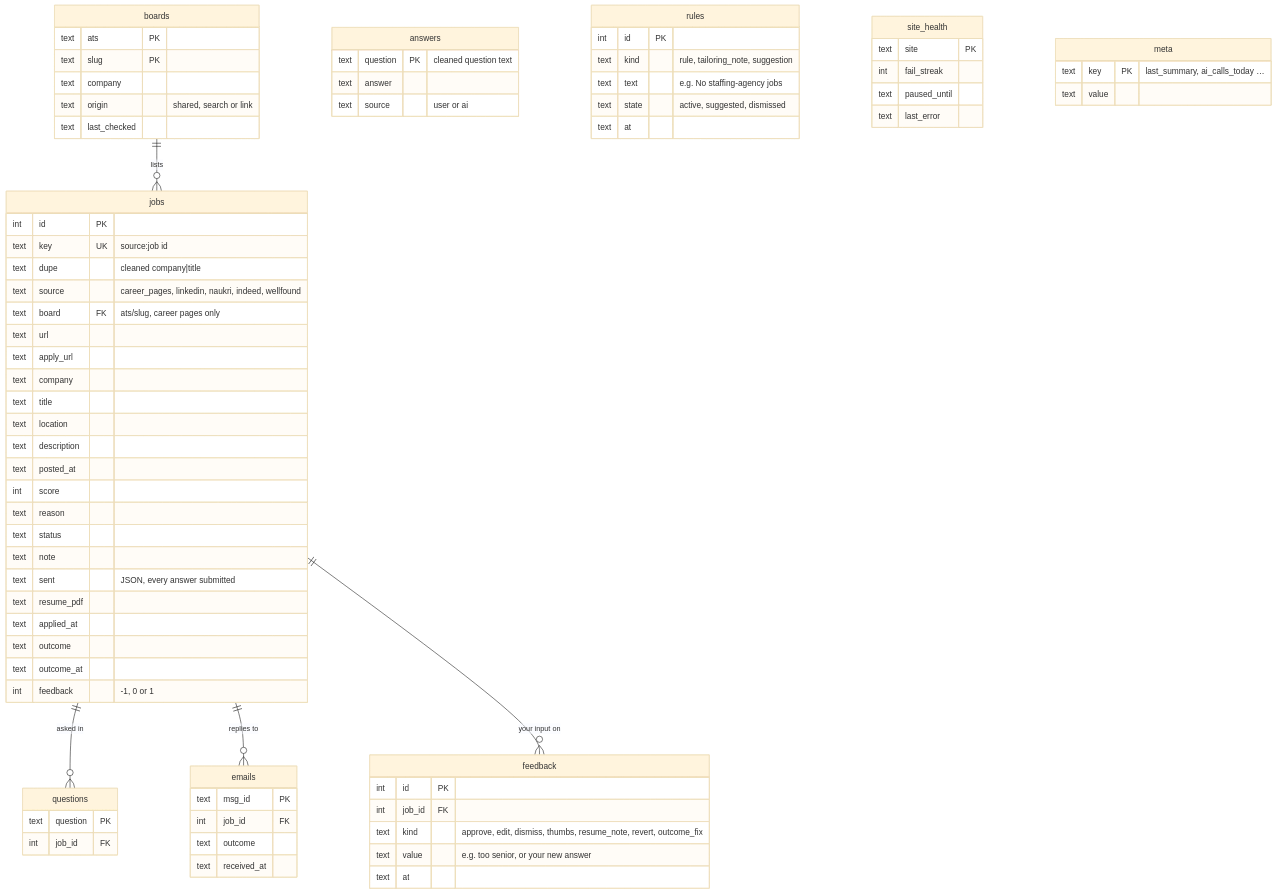
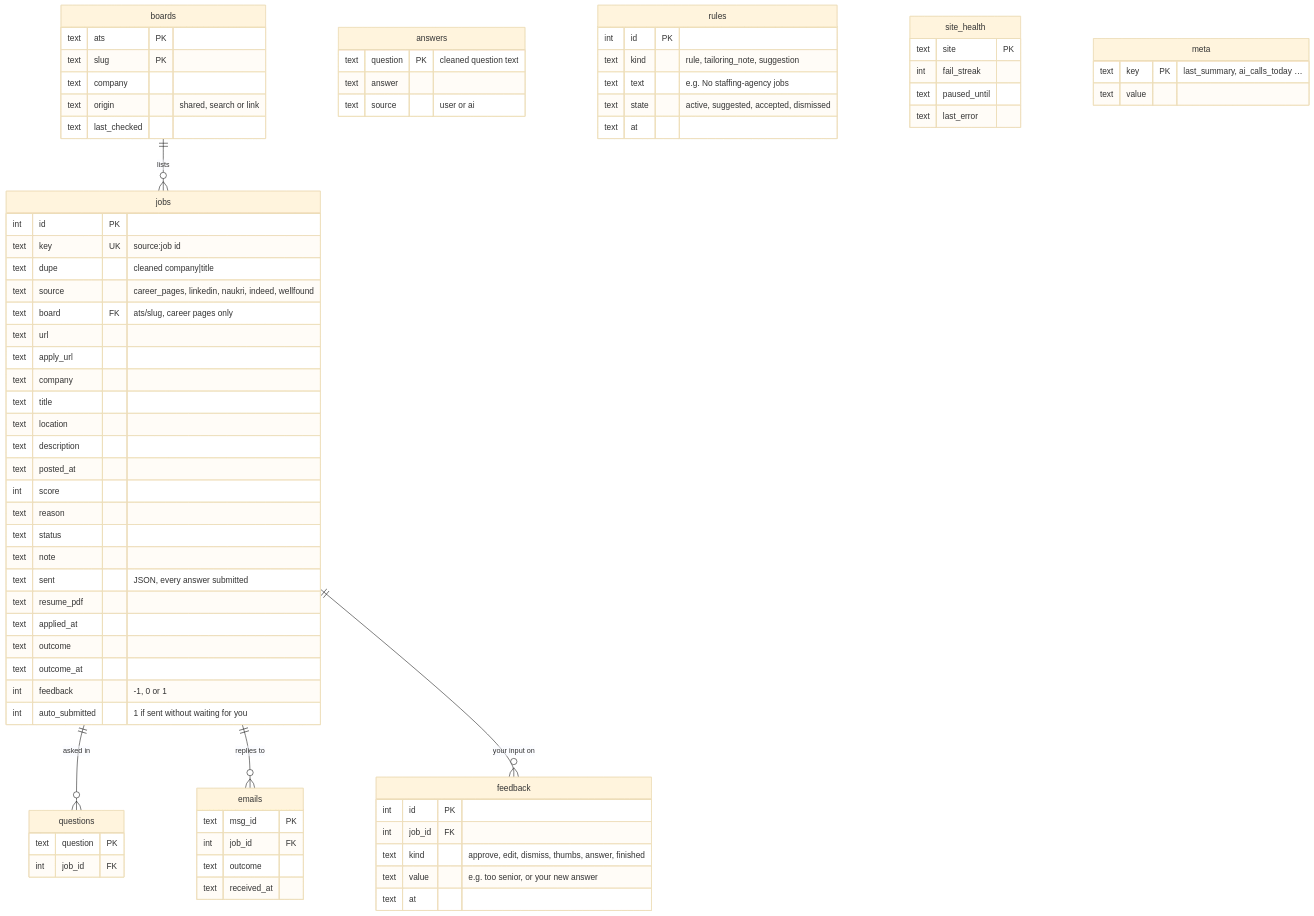
Before and after one commit to Avijit07x/truapply: the third of 7 diagrams in docs/architecture.md, drawn with Mermaid (base theme). The commit also changed other lines of this file and 44 other files, not shown here.

````diff
--- a/docs/architecture.md
+++ b/docs/architecture.md
@@ -172,77 +183,78 @@
 ```mermaid
 erDiagram
   boards ||--o{ jobs : lists
   jobs ||--o{ questions : "asked in"
   jobs ||--o{ emails : "replies to"
   jobs ||--o{ feedback : "your input on"
   jobs {
     int id PK
     text key UK "source:job id"
     text dupe "cleaned company|title"
     text source "career_pages, linkedin, naukri, indeed, wellfound"
     text board FK "ats/slug, career pages only"
     text url
     text apply_url
     text company
     text title
     text location
     text description
     text posted_at
     int score
     text reason
     text status
     text note
     text sent "JSON, every answer submitted"
     text resume_pdf
     text applied_at
     text outcome
     text outcome_at
     int feedback "-1, 0 or 1"
+    int auto_submitted "1 if sent without waiting for you"
   }
   boards {
     text ats PK
     text slug PK
     text company
     text origin "shared, search or link"
     text last_checked
   }
   answers {
     text question PK "cleaned question text"
     text answer
     text source "user or ai"
   }
   questions {
     text question PK
     int job_id FK
   }
   emails {
     text msg_id PK
     int job_id FK
     text outcome
     text received_at
   }
   feedback {
     int id PK
     int job_id FK
-    text kind "approve, edit, dismiss, thumbs, resume_note, revert, outcome_fix"
+    text kind "approve, edit, dismiss, thumbs, answer, finished"
     text value "e.g. too senior, or your new answer"
     text at
   }
   rules {
     int id PK
     text kind "rule, tailoring_note, suggestion"
     text text "e.g. No staffing-agency jobs"
-    text state "active, suggested, dismissed"
+    text state "active, suggested, accepted, dismissed"
     text at
   }
   site_health {
     text site PK
     int fail_streak
     text paused_until
     text last_error
   }
   meta {
     text key PK "last_summary, ai_calls_today …"
     text value
   }
 ```
````
